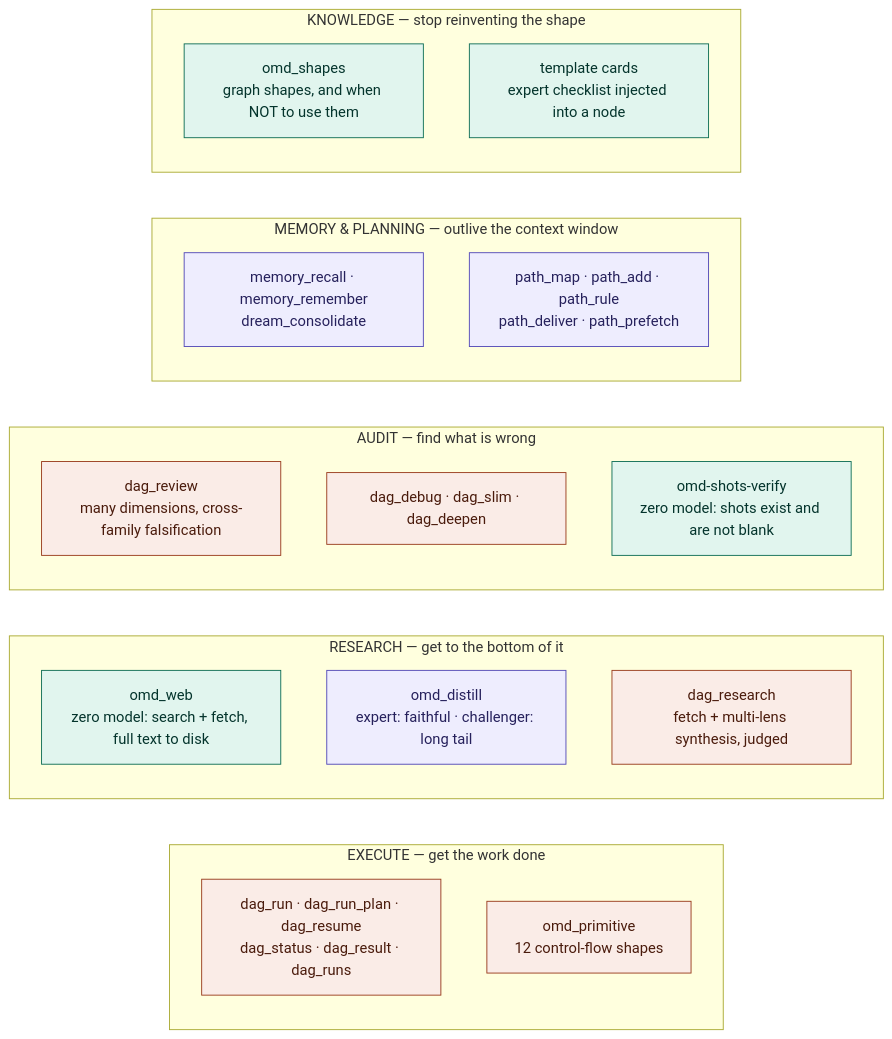
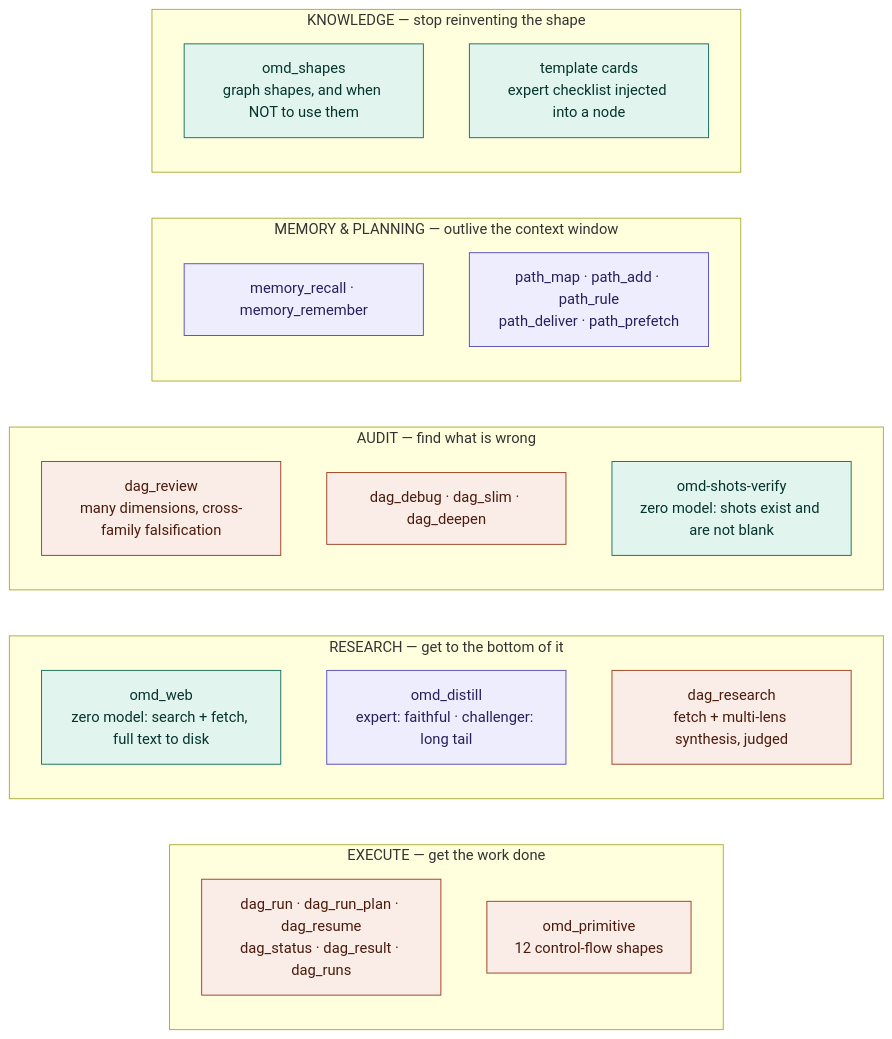
One commit to AbyssCN/oh-my-dag changed the second of 5 diagrams in README.md. Above: the diagram before and after it, drawn with Mermaid. The commit also changed other lines of this file and 14 other files, not shown here.

````diff
--- a/README.md
+++ b/README.md
@@ -112,36 +112,36 @@
 ```mermaid
 flowchart LR
   subgraph EXEC["EXECUTE — get the work done"]
     E1["dag_run · dag_run_plan · dag_resume<br/>dag_status · dag_result · dag_runs"]
     E2["omd_primitive<br/>12 control-flow shapes"]
   end
 
   subgraph RESEARCH["RESEARCH — get to the bottom of it"]
     R1["omd_web<br/>zero model: search + fetch, full text to disk"]
     R2["omd_distill<br/>expert: faithful · challenger: long tail"]
     R3["dag_research<br/>fetch + multi-lens synthesis, judged"]
   end
 
   subgraph AUDIT["AUDIT — find what is wrong"]
     A1["dag_review<br/>many dimensions, cross-family falsification"]
     A2["dag_debug · dag_slim · dag_deepen"]
     A3["omd-shots-verify<br/>zero model: shots exist and are not blank"]
   end
 
   subgraph MEMORY["MEMORY &amp; PLANNING — outlive the context window"]
-    M1["memory_recall · memory_remember<br/>dream_consolidate"]
+    M1["memory_recall · memory_remember"]
     M2["path_map · path_add · path_rule<br/>path_deliver · path_prefetch"]
   end
 
   subgraph KNOW["KNOWLEDGE — stop reinventing the shape"]
     K1["omd_shapes<br/>graph shapes, and when NOT to use them"]
     K2["template cards<br/>expert checklist injected into a node"]
   end
 
   classDef llm fill:#EEEDFE,stroke:#534AB7,color:#26215C
   classDef zero fill:#E1F5EE,stroke:#0F6E56,color:#04342C
   classDef mixed fill:#FAECE7,stroke:#993C1D,color:#4A1B0C
   class E1,E2,R3,A1,A2 mixed
   class R1,A3,K1,K2 zero
   class R2,M1,M2 llm
 ```
````
